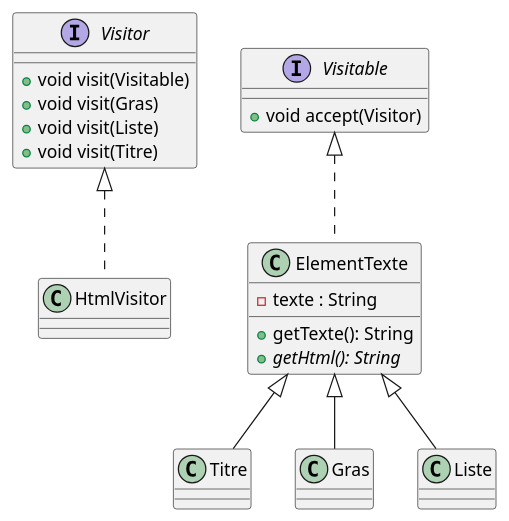
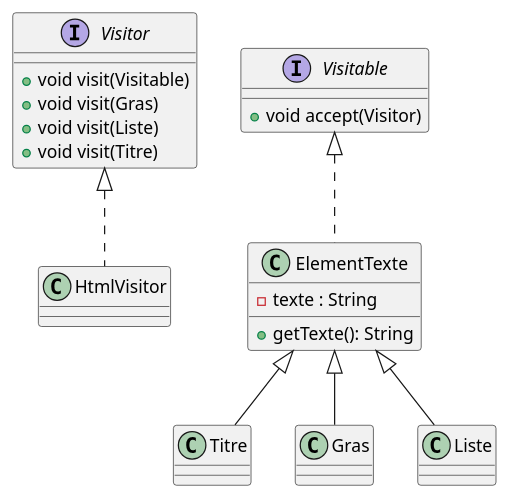
Before and after one commit to jandry/design-pattern: the diagram in src/uml/visitor.puml, drawn with PlantUML.

```diff
--- a/src/uml/visitor.puml
+++ b/src/uml/visitor.puml
@@ -1,35 +1,34 @@
 @startuml Visitor
 
 interface Visitor {
     + void visit(Visitable)
     + void visit(Gras)
     + void visit(Liste)
     + void visit(Titre)
 }
 
 class HtmlVisitor
 
 Visitor <|.. HtmlVisitor
 
 interface Visitable {
     + void accept(Visitor)
 }
 
 class Titre
 class Gras
 class Liste
 
 class ElementTexte {
     - texte : String
     + getTexte(): String
-    + {abstract} getHtml(): String
 }
 
 Visitable <|.. ElementTexte
 
 ElementTexte <|-- Liste
 ElementTexte <|-- Titre
 ElementTexte <|-- Gras
 
 
 @enduml
```
